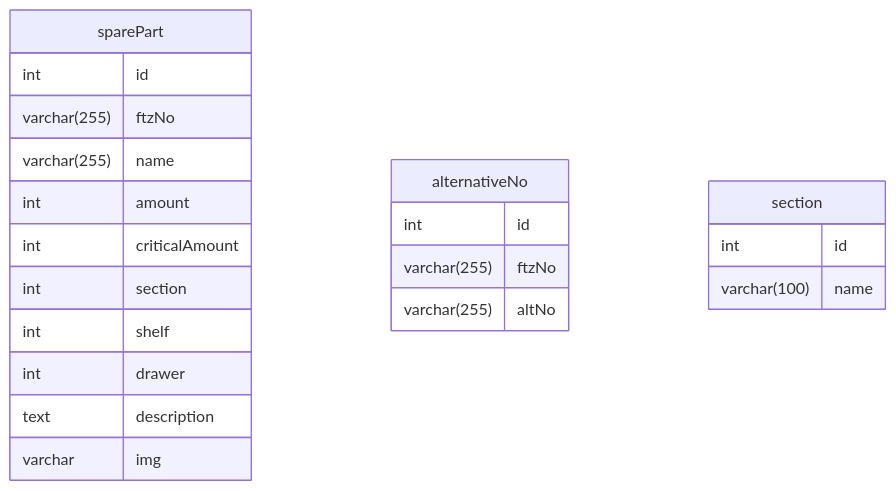
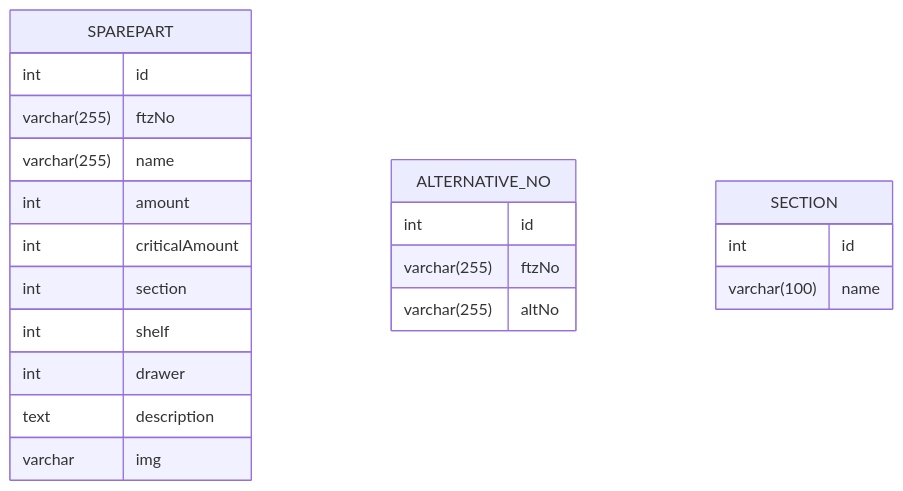
One commit to LinusTM/inventory-system changed the diagram in README.md. Above: the diagram before and after it, drawn with Mermaid.

Commit message:
er diagram

````diff
--- a/README.md
+++ b/README.md
@@ -2,26 +2,26 @@
 ```mermaid
 erDiagram
-	sparePart {
+	SPAREPART {
 		int id
 		varchar(255) ftzNo
 		varchar(255) name
 		int amount
 		int criticalAmount
 		int section
 		int shelf
 		int drawer
 		text description
 		varchar img
 	}
 
-	alternativeNo {
+	ALTERNATIVE_NO {
 		int id
 		varchar(255) ftzNo
 		varchar(255) altNo
 	}
 
-	section {
+	SECTION {
 		int id
 		varchar(100) name
 	}
 ```
````
